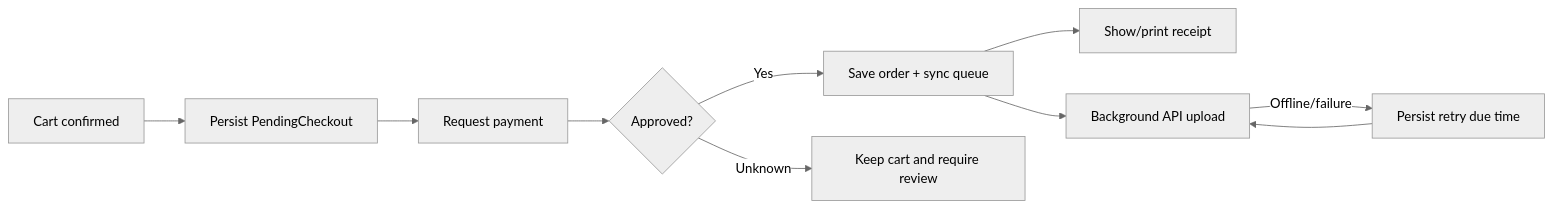
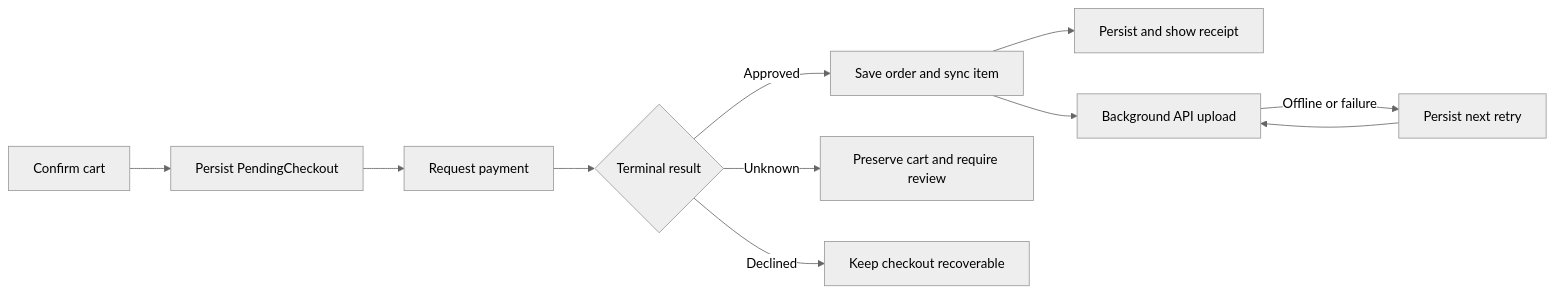
The second of 2 diagrams in README.md (higwon/retail-pos-desktop), drawn with Mermaid (neutral theme) before and after one commit. The commit also changed other lines of this file and 15 other files, not shown here.

````diff
--- a/README.md
+++ b/README.md
@@ -102,12 +139,13 @@
 ```mermaid
 flowchart LR
-    Cart["Cart confirmed"] --> Pending["Persist PendingCheckout"]
+    Cart["Confirm cart"] --> Pending["Persist PendingCheckout"]
     Pending --> Payment["Request payment"]
-    Payment --> Approved{"Approved?"}
-    Approved -->|"Yes"| Local["Save order + sync queue"]
-    Local --> Receipt["Show/print receipt"]
+    Payment --> Result{"Terminal result"}
+    Result -->|Approved| Local["Save order and sync item"]
+    Result -->|Unknown| Review["Preserve cart and require review"]
+    Result -->|Declined| RetrySale["Keep checkout recoverable"]
+    Local --> Receipt["Persist and show receipt"]
     Local --> Upload["Background API upload"]
-    Approved -->|"Unknown"| Review["Keep cart and require review"]
-    Upload -->|"Offline/failure"| Retry["Persist retry due time"]
+    Upload -->|Offline or failure| Retry["Persist next retry"]
     Retry --> Upload
 ```
````
